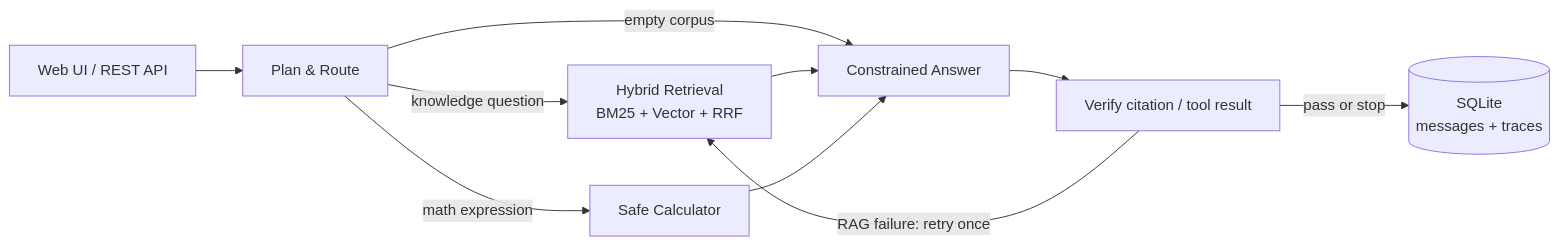
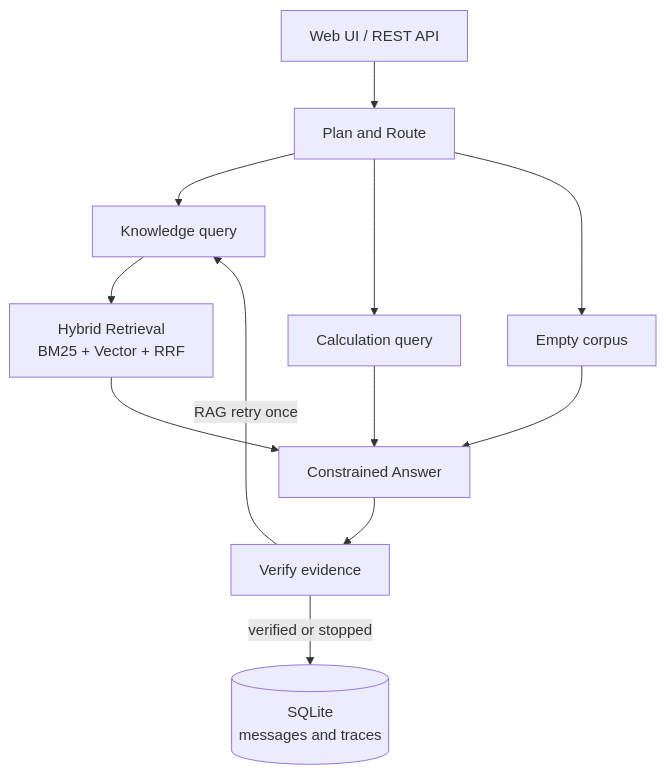
The diagram in README.md (francis3253161180-maker/researchflow-agent), drawn with Mermaid before and after one commit.

Commit message:
Simplify architecture diagram layout

````diff
--- a/README.md
+++ b/README.md
@@ -26,12 +26,14 @@
 ```mermaid
-flowchart LR
-    UI[Web UI / REST API] --> PLAN[Plan & Route]
-    PLAN -->|knowledge question| RETRIEVE[Hybrid Retrieval\nBM25 + Vector + RRF]
-    PLAN -->|math expression| TOOL[Safe Calculator]
-    PLAN -->|empty corpus| ANSWER[Constrained Answer]
-    RETRIEVE --> ANSWER
+flowchart TD
+    UI[Web UI / REST API] --> PLAN[Plan and Route]
+    PLAN --> RAG[Knowledge query]
+    PLAN --> TOOL[Calculation query]
+    PLAN --> DIRECT[Empty corpus]
+    RAG --> RETRIEVE[Hybrid Retrieval<br/>BM25 + Vector + RRF]
+    RETRIEVE --> ANSWER[Constrained Answer]
     TOOL --> ANSWER
-    ANSWER --> VERIFY[Verify citation / tool result]
-    VERIFY -->|RAG failure: retry once| RETRIEVE
-    VERIFY -->|pass or stop| PERSIST[(SQLite\nmessages + traces)]
+    DIRECT --> ANSWER
+    ANSWER --> VERIFY[Verify evidence]
+    VERIFY -->|verified or stopped| PERSIST[(SQLite<br/>messages and traces)]
+    VERIFY -->|RAG retry once| RAG
 ```
````
